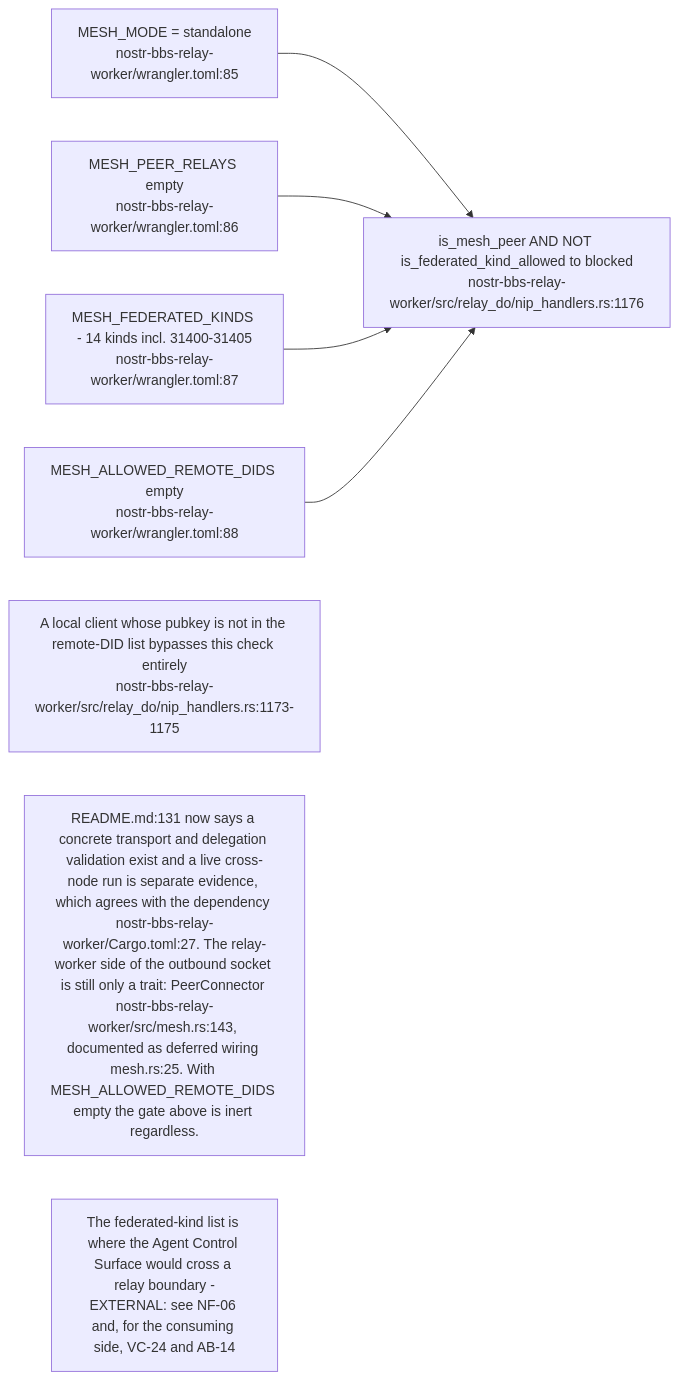
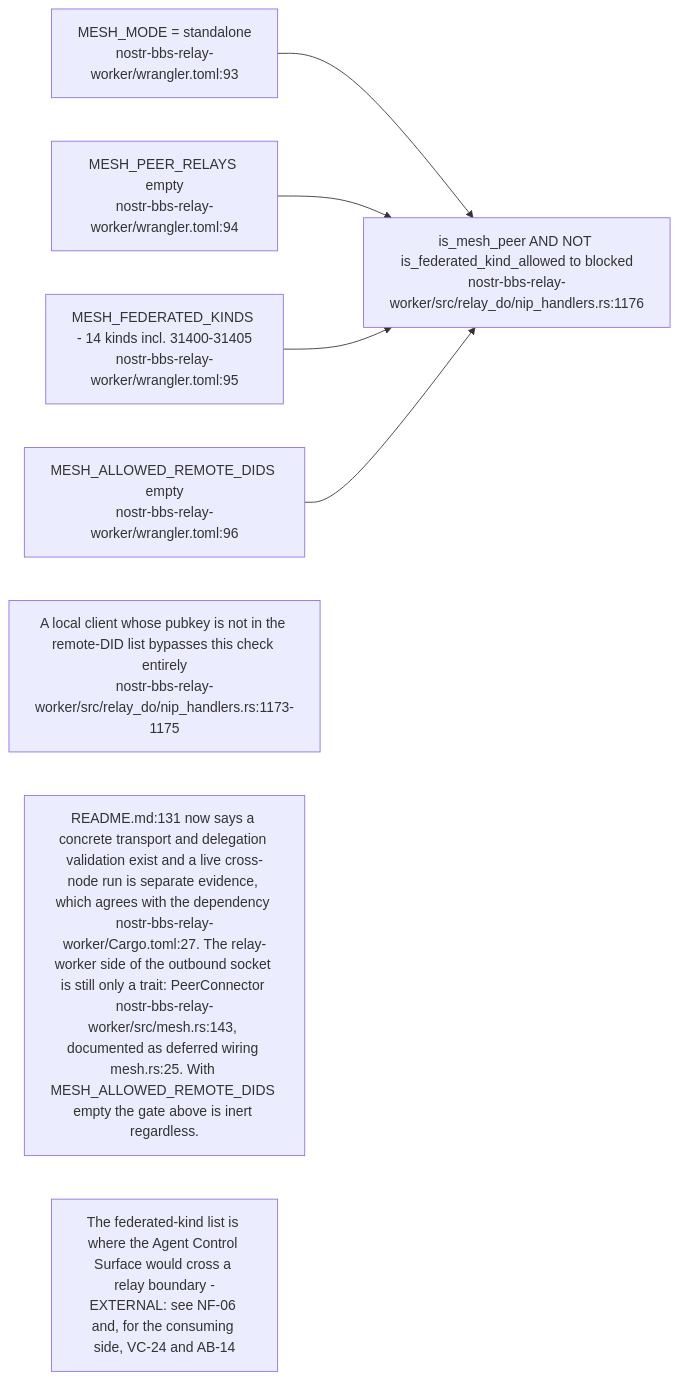
Before and after one commit to DreamLab-AI/VisionFlow: diagram 13 of 14 in docs/diagrams/nostr-rust-forum/03-relay-worker-admission-auth-and-trust.md, drawn with Mermaid. The commit also changed other lines of this file and 145 other files, not shown here.

````diff
--- a/docs/diagrams/nostr-rust-forum/03-relay-worker-admission-auth-and-trust.md
+++ b/docs/diagrams/nostr-rust-forum/03-relay-worker-admission-auth-and-trust.md
@@ -380,14 +380,14 @@
 ```mermaid
 flowchart LR
-    MODE["MESH_MODE = standalone<br/>nostr-bbs-relay-worker/wrangler.toml:85"]
-    PEERS["MESH_PEER_RELAYS empty<br/>nostr-bbs-relay-worker/wrangler.toml:86"]
-    KINDS["MESH_FEDERATED_KINDS - 14 kinds incl. 31400-31405<br/>nostr-bbs-relay-worker/wrangler.toml:87"]
-    DIDS["MESH_ALLOWED_REMOTE_DIDS empty<br/>nostr-bbs-relay-worker/wrangler.toml:88"]
+    MODE["MESH_MODE = standalone<br/>nostr-bbs-relay-worker/wrangler.toml:93"]
+    PEERS["MESH_PEER_RELAYS empty<br/>nostr-bbs-relay-worker/wrangler.toml:94"]
+    KINDS["MESH_FEDERATED_KINDS - 14 kinds incl. 31400-31405<br/>nostr-bbs-relay-worker/wrangler.toml:95"]
+    DIDS["MESH_ALLOWED_REMOTE_DIDS empty<br/>nostr-bbs-relay-worker/wrangler.toml:96"]
     GATE["is_mesh_peer AND NOT is_federated_kind_allowed to blocked<br/>nostr-bbs-relay-worker/src/relay_do/nip_handlers.rs:1176"]
 
     MODE & PEERS & KINDS & DIDS --> GATE
 
     N1["A local client whose pubkey is not in the remote-DID list bypasses this check entirely<br/>nostr-bbs-relay-worker/src/relay_do/nip_handlers.rs:1173-1175"]
     N2["README.md:131 now says a concrete transport and delegation validation exist and a live cross-node run is separate evidence, which agrees with the dependency nostr-bbs-relay-worker/Cargo.toml:27. The relay-worker side of the outbound socket is still only a trait: PeerConnector nostr-bbs-relay-worker/src/mesh.rs:143, documented as deferred wiring mesh.rs:25. With MESH_ALLOWED_REMOTE_DIDS empty the gate above is inert regardless."]
     N3["The federated-kind list is where the Agent Control Surface would cross a relay boundary -<br/>EXTERNAL: see NF-06 and, for the consuming side, VC-24 and AB-14"]
 ```
````
